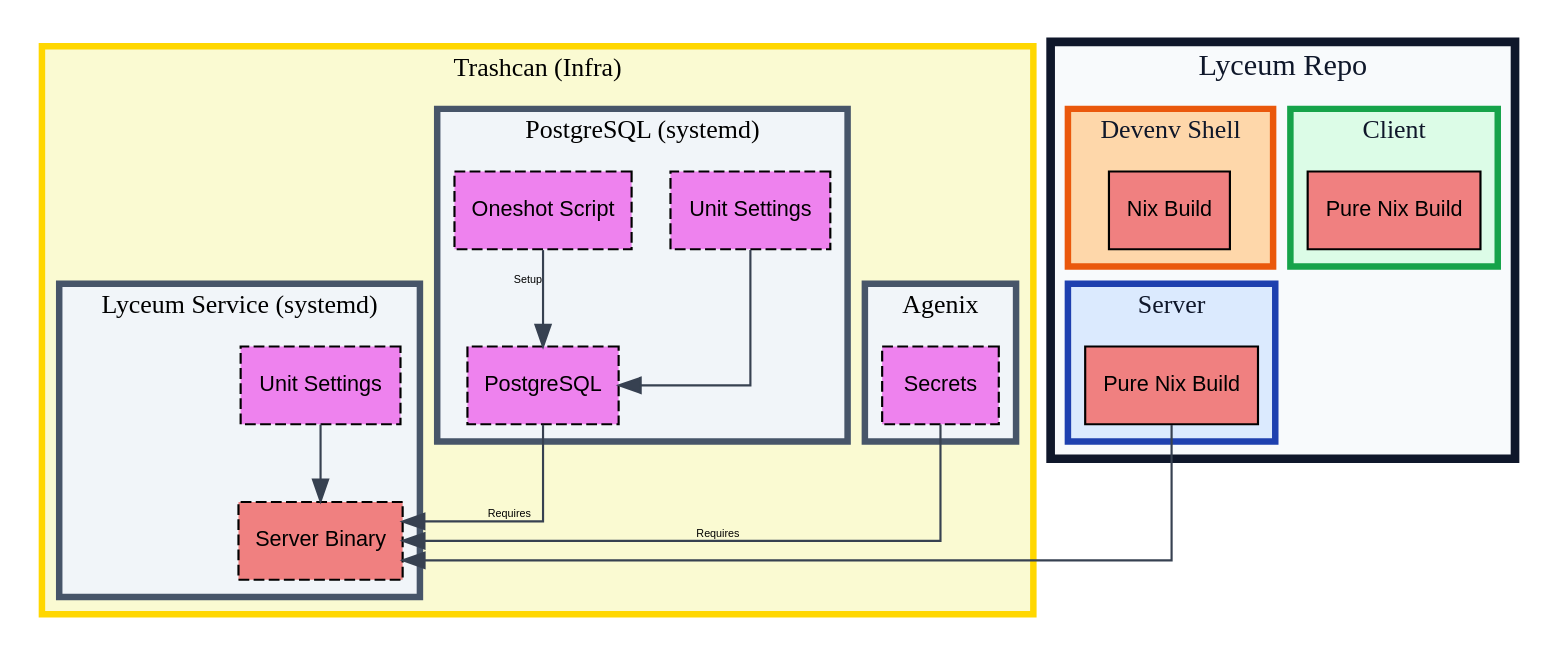
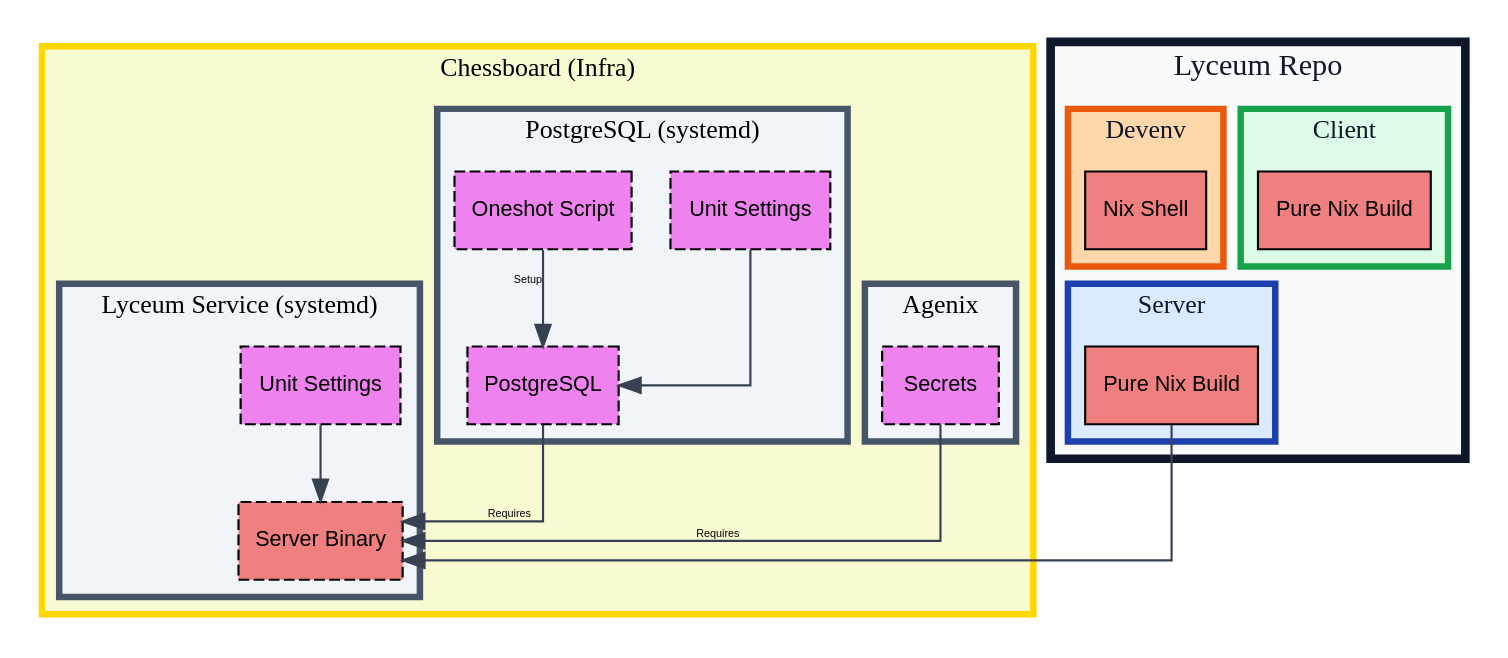
Before and after one commit to dont-rely-on-nulls/gambiconf-2025: diagram 18 of 18 in presentation.org, drawn with Graphviz. The commit also changed other lines of this file and 5 other files, not shown here.

```diff
--- a/presentation.org
+++ b/presentation.org
@@ -1498,19 +1504,19 @@
     }
 
     subgraph cluster_devshell {
-      label="Devenv Shell";
+      label="Devenv";
       style=filled;
       fillcolor="#fed7aa";
       color="#ea580c";
       penwidth=3;
       fontsize=12;
       
-      DB [label="Nix Build", fillcolor="lightcoral"];
+      DB [label="Nix Shell", fillcolor="lightcoral"];
     }
   }
 
   subgraph cluster_infra {
-    label="Trashcan (Infra)";
+    label="Chessboard (Infra)";
     style=filled;
     fillcolor="lightgoldenrodyellow";
     color="gold";
```
